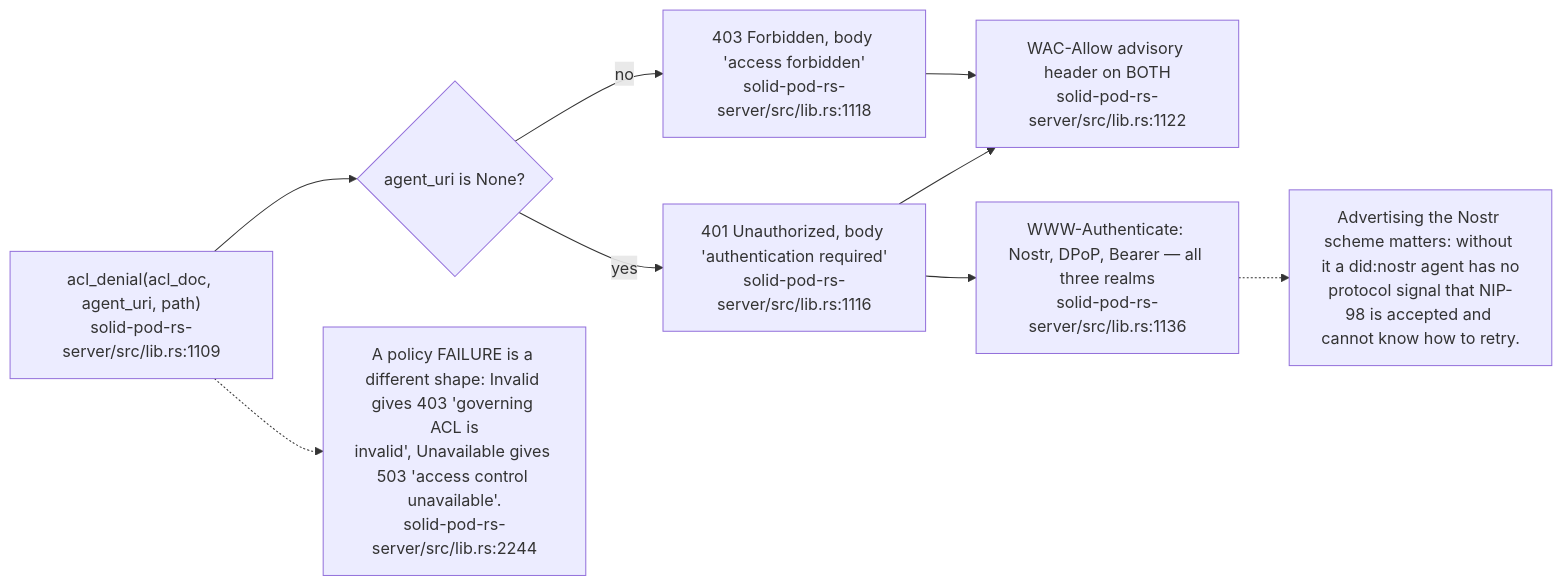
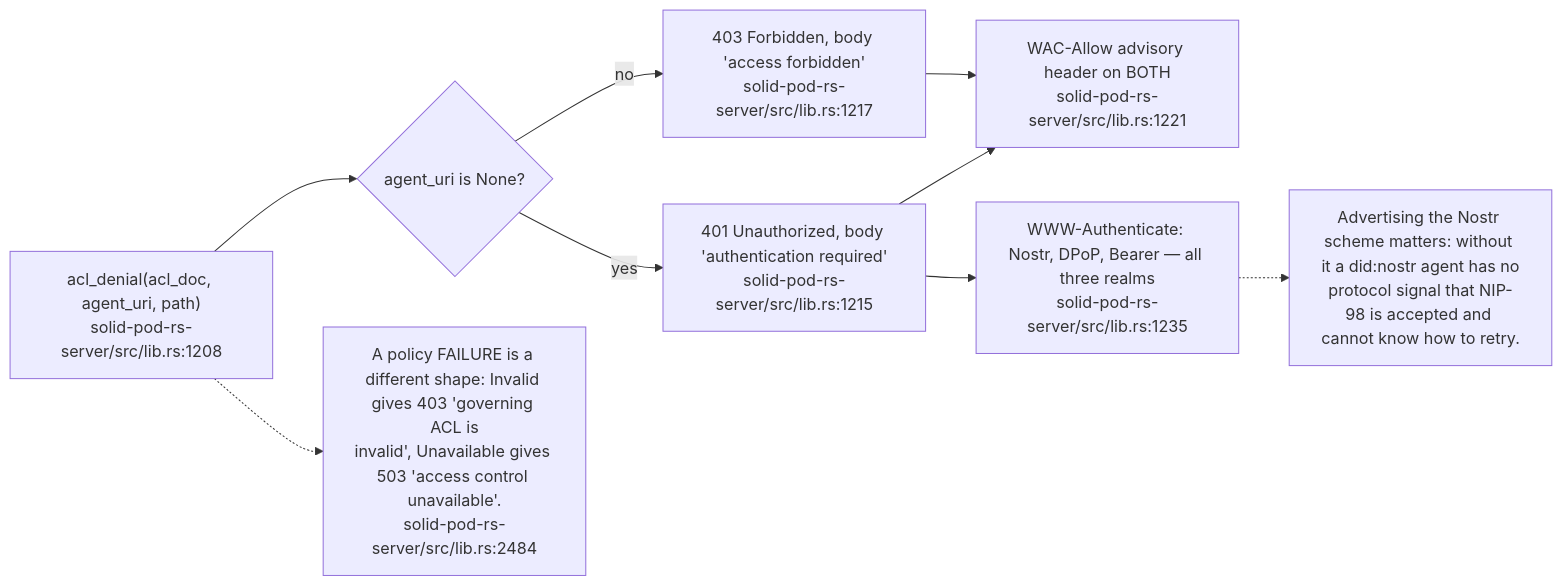
Before and after one commit to DreamLab-AI/VisionFlow: diagram 12 of 13 in docs/diagrams/solid-pod-rs/04-wac-authorisation.md, drawn with Mermaid. The commit also changed other lines of this file and 59 other files, not shown here.

First line of the commit message:
docs(diagrams): re-derive and re-stamp forum, website, pod, ontomark and sealmap topics

````diff
--- a/docs/diagrams/solid-pod-rs/04-wac-authorisation.md
+++ b/docs/diagrams/solid-pod-rs/04-wac-authorisation.md
@@ -404,19 +403,19 @@
 ```mermaid
 flowchart LR
-    IN["acl_denial(acl_doc, agent_uri, path)<br/>solid-pod-rs-server/src/lib.rs:1109"]
+    IN["acl_denial(acl_doc, agent_uri, path)<br/>solid-pod-rs-server/src/lib.rs:1208"]
     ANON{"agent_uri is None?"}
-    U401["401 Unauthorized, body 'authentication required'<br/>solid-pod-rs-server/src/lib.rs:1116"]
-    F403["403 Forbidden, body 'access forbidden'<br/>solid-pod-rs-server/src/lib.rs:1118"]
-    WA["WAC-Allow advisory header on BOTH<br/>solid-pod-rs-server/src/lib.rs:1122"]
-    CH["WWW-Authenticate: Nostr, DPoP, Bearer — all three realms<br/>solid-pod-rs-server/src/lib.rs:1136"]
+    U401["401 Unauthorized, body 'authentication required'<br/>solid-pod-rs-server/src/lib.rs:1215"]
+    F403["403 Forbidden, body 'access forbidden'<br/>solid-pod-rs-server/src/lib.rs:1217"]
+    WA["WAC-Allow advisory header on BOTH<br/>solid-pod-rs-server/src/lib.rs:1221"]
+    CH["WWW-Authenticate: Nostr, DPoP, Bearer — all three realms<br/>solid-pod-rs-server/src/lib.rs:1235"]
 
     IN --> ANON
     ANON -- yes --> U401 --> WA
     ANON -- no --> F403 --> WA
     U401 --> CH
 
     N["Advertising the Nostr scheme matters: without it a did:nostr agent has no<br/>protocol signal that NIP-98 is accepted and cannot know how to retry."]
     CH -.-> N
-    N2["A policy FAILURE is a different shape: Invalid gives 403 'governing ACL is<br/>invalid', Unavailable gives 503 'access control unavailable'.<br/>solid-pod-rs-server/src/lib.rs:2244"]
+    N2["A policy FAILURE is a different shape: Invalid gives 403 'governing ACL is<br/>invalid', Unavailable gives 503 'access control unavailable'.<br/>solid-pod-rs-server/src/lib.rs:2484"]
     IN -.-> N2
 ```
````
